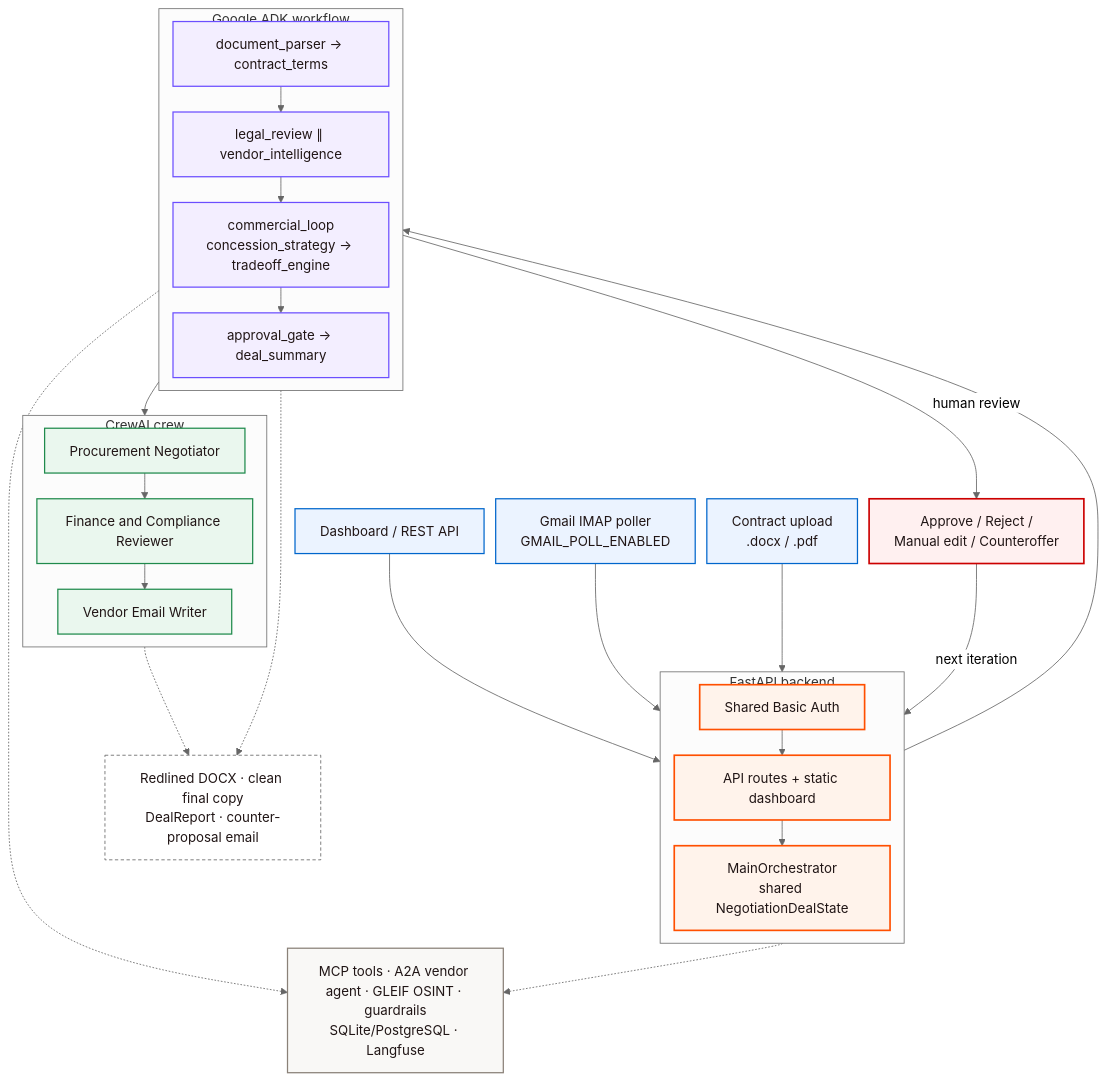
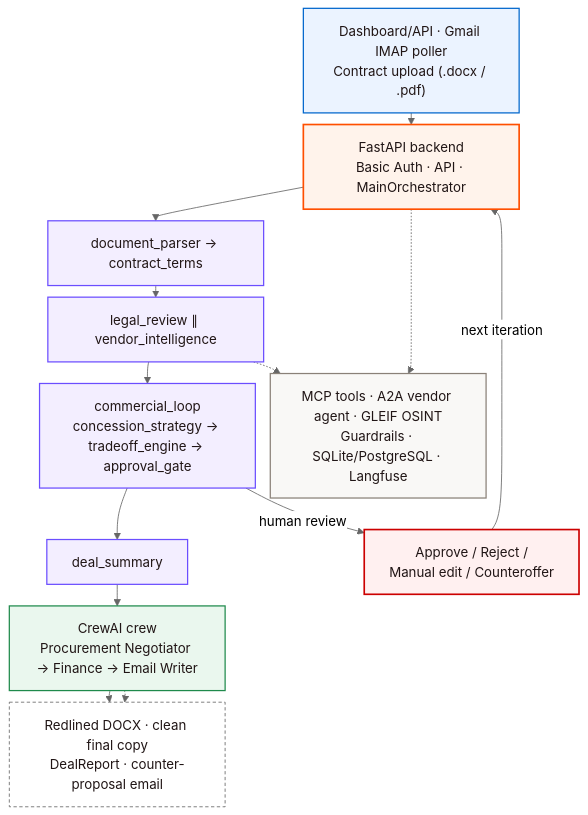
Before and after one commit to sjreal/RedLiner: the diagram in README.md, drawn with Mermaid (neutral theme). The commit also changed 12 other files, not shown here.

Commit message:
docs: compact diagram layouts and reduce spacing

````diff
--- a/README.md
+++ b/README.md
@@ -307,57 +307,29 @@
 ```mermaid
-%%{init: {"flowchart": {"nodeSpacing": 14, "rankSpacing": 6, "diagramPadding": 2, "curve": "basis"}}}%%
+%%{init: {"layout": "dagre", "flowchart": {"nodeSpacing": 18, "rankSpacing": 14, "diagramPadding": 4, "subGraphTitleMargin": {"top": 10, "bottom": 2}, "curve": "basis"}}}%%
 flowchart TD
     classDef entry fill:#EBF3FF,stroke:#0066CC,stroke-width:1.5px,color:#201515;
     classDef app fill:#FFF3EB,stroke:#FF4F00,stroke-width:2px,color:#201515;
     classDef adk fill:#F3EEFF,stroke:#6B4EFF,stroke-width:1.5px,color:#201515;
     classDef crew fill:#EAF7EE,stroke:#1F8A4C,stroke-width:1.5px,color:#201515;
     classDef tool fill:#F9F8F6,stroke:#8A8178,stroke-width:1.5px,color:#201515;
     classDef out fill:#FFFFFF,stroke:#666666,stroke-dasharray: 4 3,color:#201515;
     classDef hitl fill:#FFF0F0,stroke:#CC0000,stroke-width:2px,color:#201515;
 
-    UI["Dashboard / REST API"]:::entry
-    Gmail["Gmail IMAP poller<br/>GMAIL_POLL_ENABLED"]:::entry
-    Upload["Contract upload<br/>.docx / .pdf"]:::entry
-
-    subgraph App["FastAPI backend"]
-        direction TB
-        Auth["Shared Basic Auth"]:::app
-        API["API routes + static dashboard"]:::app
-        Orchestrator["MainOrchestrator<br/>shared NegotiationDealState"]:::app
-    end
-
-    subgraph ADK["Google ADK workflow"]
-        direction TB
-        Parse["document_parser → contract_terms"]:::adk
-        Review["legal_review ∥ vendor_intelligence"]:::adk
-        Commercial["commercial_loop<br/>concession_strategy → tradeoff_engine"]:::adk
-        Gate["approval_gate → deal_summary"]:::adk
-    end
-
-    subgraph Crew["CrewAI crew"]
-        direction TB
-        Procurement["Procurement Negotiator"]:::crew
-        Finance["Finance and Compliance Reviewer"]:::crew
-        Email["Vendor Email Writer"]:::crew
-    end
-
-    Services["MCP tools · A2A vendor agent · GLEIF OSINT · guardrails<br/>SQLite/PostgreSQL · Langfuse"]:::tool
+    Entry["Dashboard/API · Gmail IMAP poller<br/>Contract upload (.docx / .pdf)"]:::entry
+    Backend["FastAPI backend<br/>Basic Auth · API · MainOrchestrator"]:::app
+    ADK1["document_parser → contract_terms"]:::adk
+    ADK2["legal_review ∥ vendor_intelligence"]:::adk
+    ADK3["commercial_loop<br/>concession_strategy → tradeoff_engine → approval_gate"]:::adk
+    Summary["deal_summary"]:::adk
+    Crew["CrewAI crew<br/>Procurement Negotiator → Finance → Email Writer"]:::crew
+    Services["MCP tools · A2A vendor agent · GLEIF OSINT<br/>Guardrails · SQLite/PostgreSQL · Langfuse"]:::tool
     Artifacts["Redlined DOCX · clean final copy<br/>DealReport · counter-proposal email"]:::out
     HITL["Approve / Reject /<br/>Manual edit / Counteroffer"]:::hitl
 
-    UI --> Auth
-    Gmail --> API
-    Upload --> API
-    Auth --> API --> Orchestrator
-
-    Orchestrator --> Parse
-    Parse --> Review --> Commercial --> Gate
-    Gate --> Procurement --> Finance --> Email
-
-    Orchestrator -.-> Services
-    Review -.-> Services
-    Email -.-> Artifacts
-    Review -.-> Artifacts
-    Gate -->|human review| HITL
-    HITL -->|next iteration| Orchestrator
+    Entry --> Backend --> ADK1 --> ADK2 --> ADK3 --> Summary --> Crew --> Artifacts
+    Backend -.-> Services
+    ADK2 -.-> Services
+    Crew -.-> Artifacts
+    ADK3 -->|human review| HITL
+    HITL -->|next iteration| Backend
 ```
````
